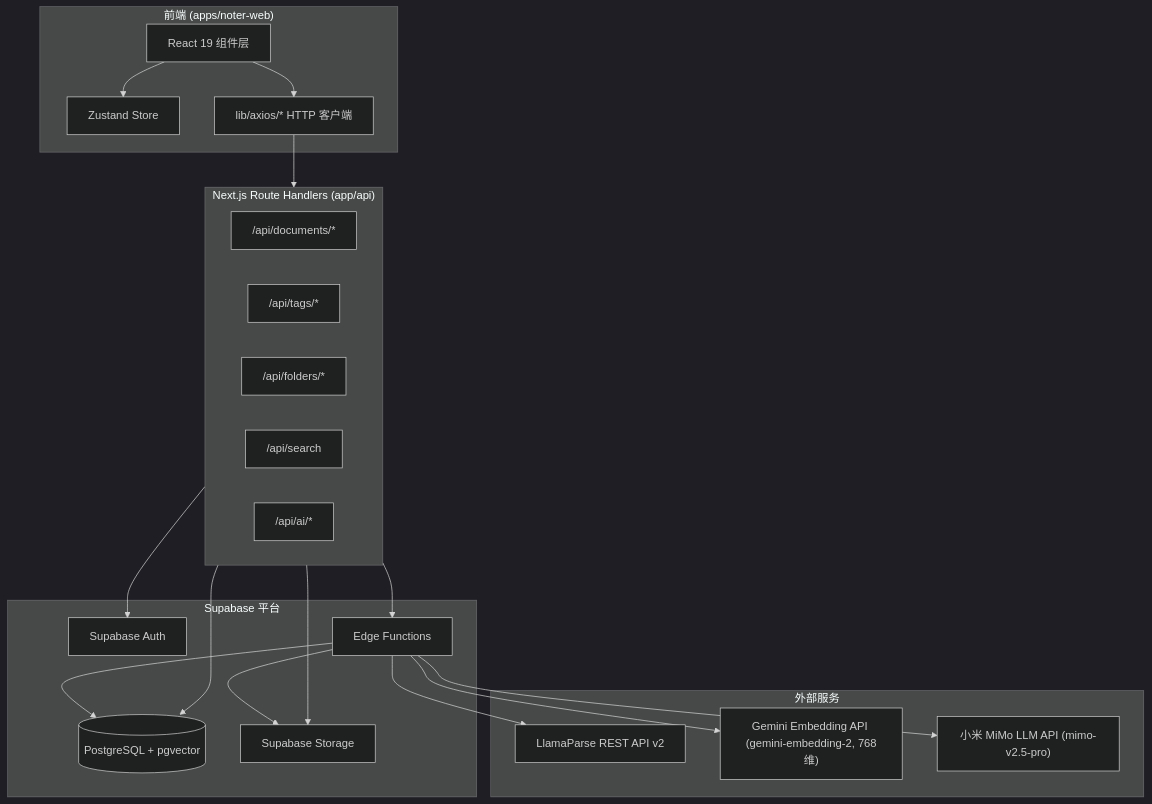
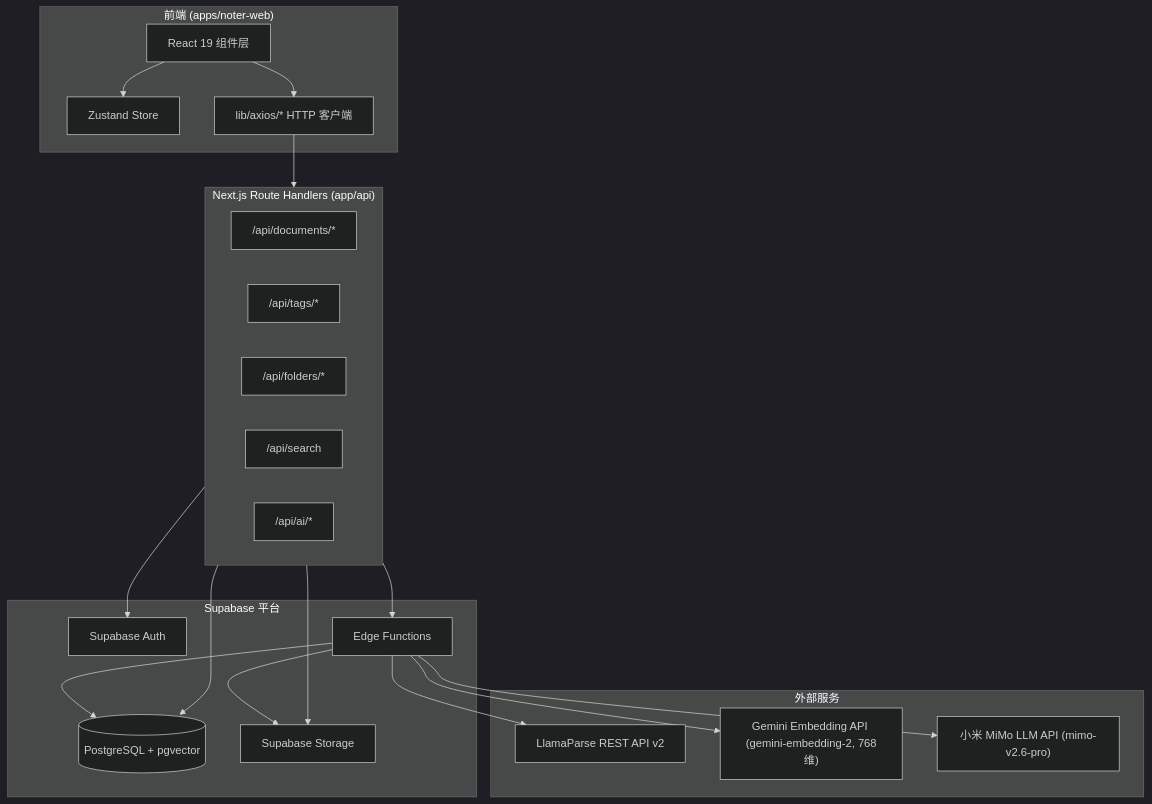
Before and after one commit to Jett191/noter: the first of 10 diagrams in .kiro/specs/noter-document-management/design.md, drawn with Mermaid (dark theme). The commit also changed other lines of this file and 7 other files, not shown here.

First line of the commit message:
fix: retire MiMo mimo-v2.5-pro in favor of mimo-v2.6-pro

````diff
--- a/.kiro/specs/noter-document-management/design.md
+++ b/.kiro/specs/noter-document-management/design.md
@@ -22,42 +22,42 @@
 ```mermaid
 graph TB
     subgraph Frontend["前端 (apps/noter-web)"]
         UI[React 19 组件层]
         Store[Zustand Store]
         AxiosLib["lib/axios/* HTTP 客户端"]
     end
 
     subgraph NextAPI["Next.js Route Handlers (app/api)"]
         DocAPI["/api/documents/*"]
         TagAPI["/api/tags/*"]
         FolderAPI["/api/folders/*"]
         SearchAPI["/api/search"]
         AIAPI["/api/ai/*"]
     end
 
     subgraph Supabase["Supabase 平台"]
         Auth[Supabase Auth]
         DB[(PostgreSQL + pgvector)]
         Storage[Supabase Storage]
         EdgeFn[Edge Functions]
     end
 
     subgraph External["外部服务"]
         LlamaParse["LlamaParse REST API v2"]
         EmbeddingAPI["Gemini Embedding API (gemini-embedding-2, 768维)"]
-        LLMAPI["小米 MiMo LLM API (mimo-v2.5-pro)"]
+        LLMAPI["小米 MiMo LLM API (mimo-v2.6-pro)"]
     end
 
     UI --> Store
     UI --> AxiosLib
     AxiosLib --> NextAPI
     NextAPI --> Auth
     NextAPI --> DB
     NextAPI --> Storage
     NextAPI --> EdgeFn
     EdgeFn --> LlamaParse
     EdgeFn --> EmbeddingAPI
     EdgeFn --> LLMAPI
     EdgeFn --> Storage
     EdgeFn --> DB
 ```
````
